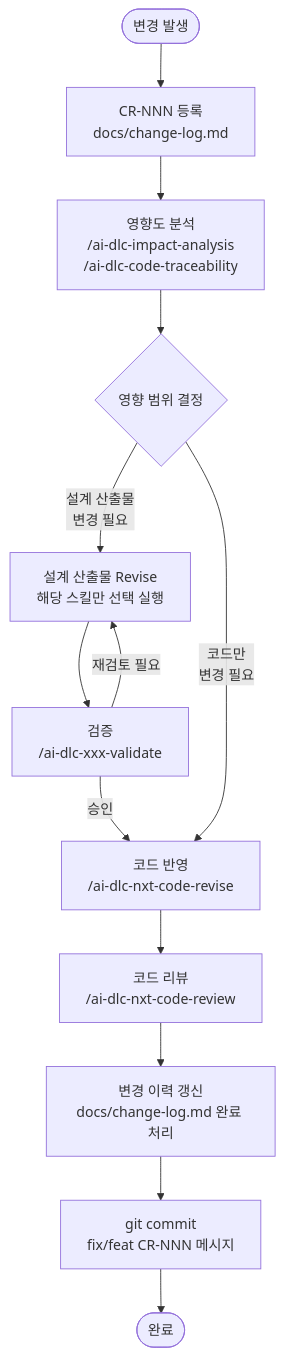
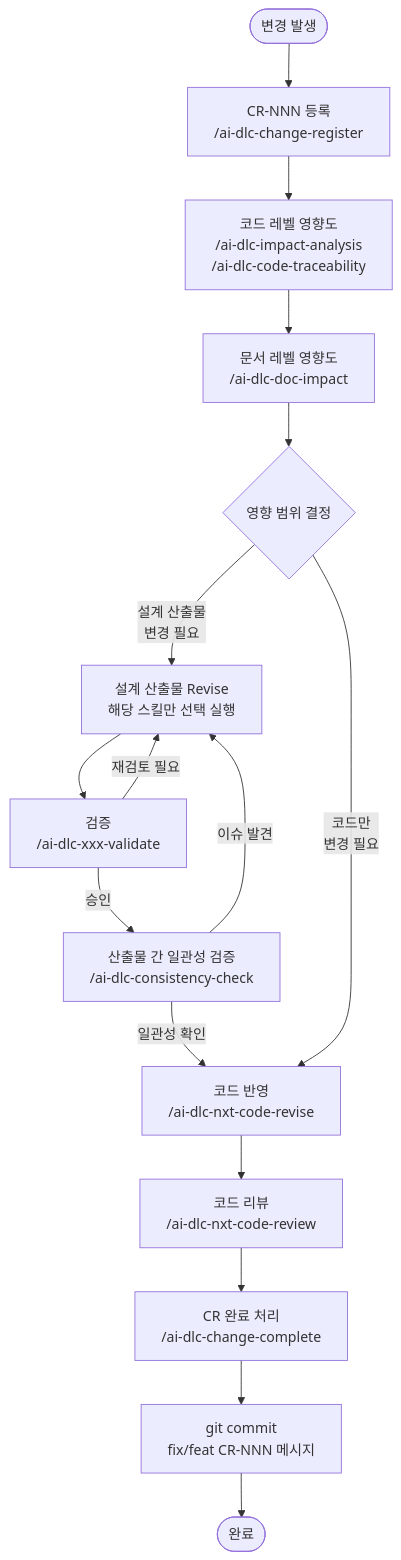
Before and after one commit to kdkim2000/cmmc: the diagram in AI-DLC-CHANGE-README.md, drawn with Mermaid. The commit also changed other lines of this file, not shown here.

First line of the commit message:
docs: AI-DLC-CHANGE-README.md v1.1 — 변경 관리 전용 스킬 4개 통합

````diff
--- a/AI-DLC-CHANGE-README.md
+++ b/AI-DLC-CHANGE-README.md
@@ -120,18 +122,21 @@
 ```mermaid
 flowchart TD
-  START([변경 발생]) --> REG[CR-NNN 등록\ndocs/change-log.md]
-  REG --> IA[영향도 분석\n/ai-dlc-impact-analysis\n/ai-dlc-code-traceability]
-  IA --> SCOPE{영향 범위 결정}
+  START([변경 발생]) --> REG["CR-NNN 등록\n/ai-dlc-change-register"]
+  REG --> IA["코드 레벨 영향도\n/ai-dlc-impact-analysis\n/ai-dlc-code-traceability"]
+  IA --> DIA["문서 레벨 영향도\n/ai-dlc-doc-impact"]
+  DIA --> SCOPE{영향 범위 결정}
 
   SCOPE -->|설계 산출물\n변경 필요| REVISE[설계 산출물 Revise\n해당 스킬만 선택 실행]
   REVISE --> VALIDATE[검증\n/ai-dlc-xxx-validate]
-  VALIDATE -->|승인| CODE[코드 반영\n/ai-dlc-nxt-code-revise]
+  VALIDATE -->|승인| CC["산출물 간 일관성 검증\n/ai-dlc-consistency-check"]
   VALIDATE -->|재검토 필요| REVISE
+  CC -->|일관성 확인| CODE["코드 반영\n/ai-dlc-nxt-code-revise"]
+  CC -->|이슈 발견| REVISE
 
   SCOPE -->|코드만\n변경 필요| CODE
 
-  CODE --> REVIEW[코드 리뷰\n/ai-dlc-nxt-code-review]
-  REVIEW --> LOG[변경 이력 갱신\ndocs/change-log.md 완료 처리]
-  LOG --> GIT[git commit\nfix/feat CR-NNN 메시지]
+  CODE --> REVIEW["코드 리뷰\n/ai-dlc-nxt-code-review"]
+  REVIEW --> DONE2["CR 완료 처리\n/ai-dlc-change-complete"]
+  DONE2 --> GIT[git commit\nfix/feat CR-NNN 메시지]
   GIT --> DONE([완료])
 ```
````
